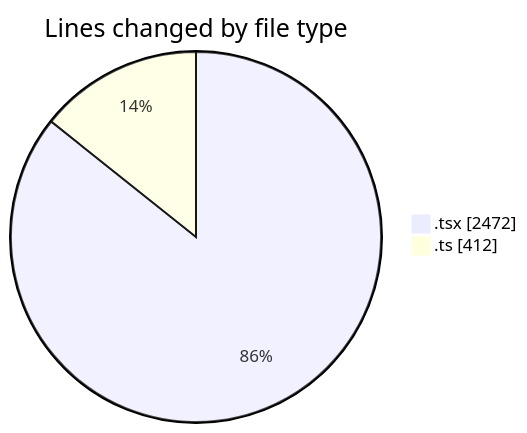
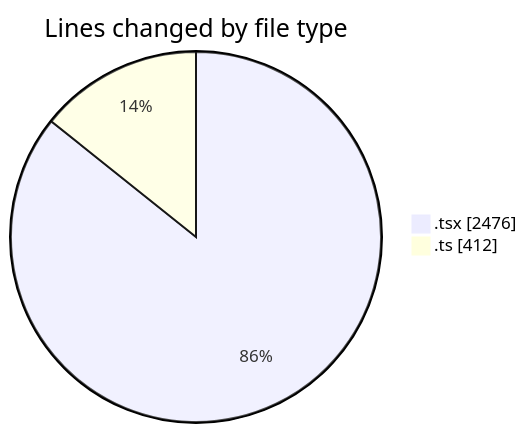
Before and after one commit to robertbonfada/code-tracking: the first of 2 diagrams in 2025-03-17/audiobooks-web/README.md, drawn with Mermaid. The commit also changed other lines of this file and 1 other file, not shown here.

````diff
--- a/2025-03-17/audiobooks-web/README.md
+++ b/2025-03-17/audiobooks-web/README.md
@@ -33,6 +33,6 @@
 ```mermaid
 pie showData
 title Lines changed by file type
-".tsx" : 2472
+".tsx" : 2476
 ".ts" : 412
 ```
````
